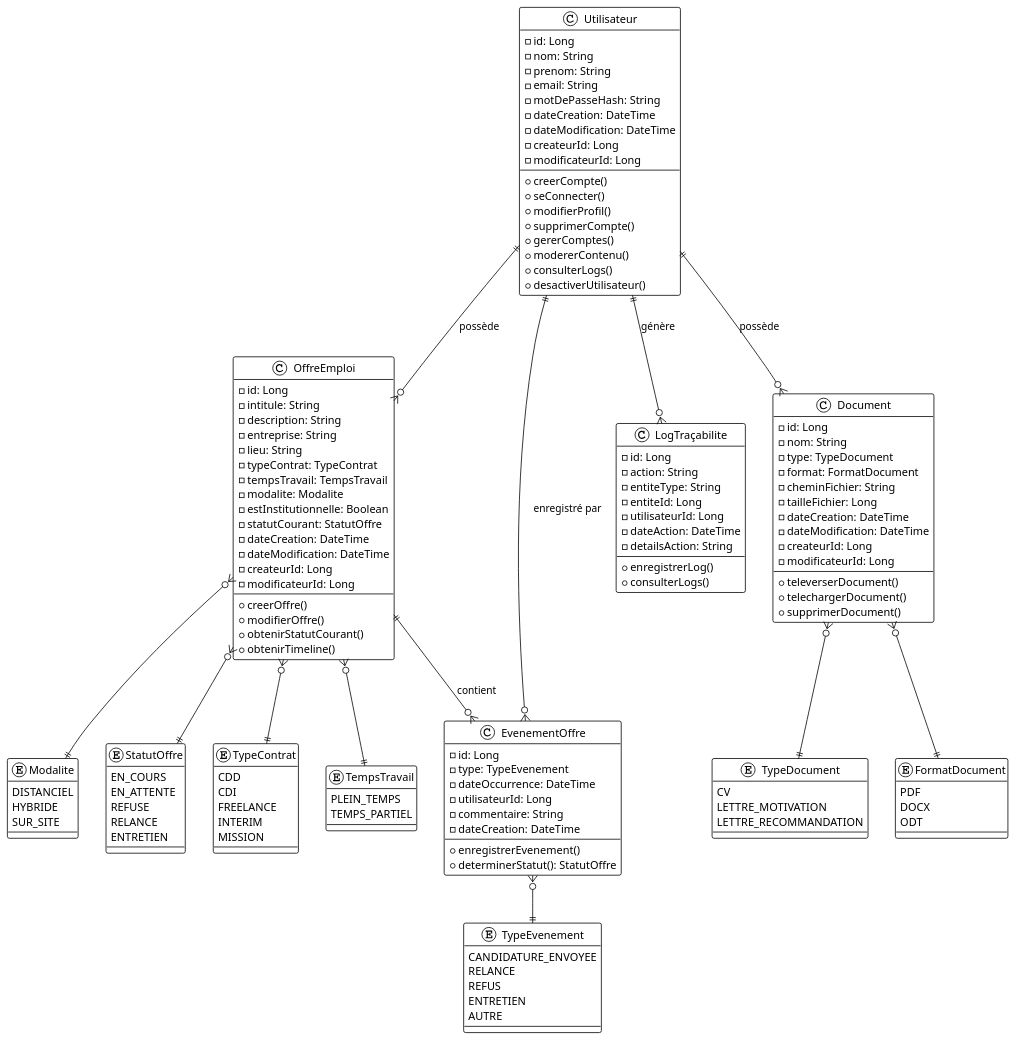
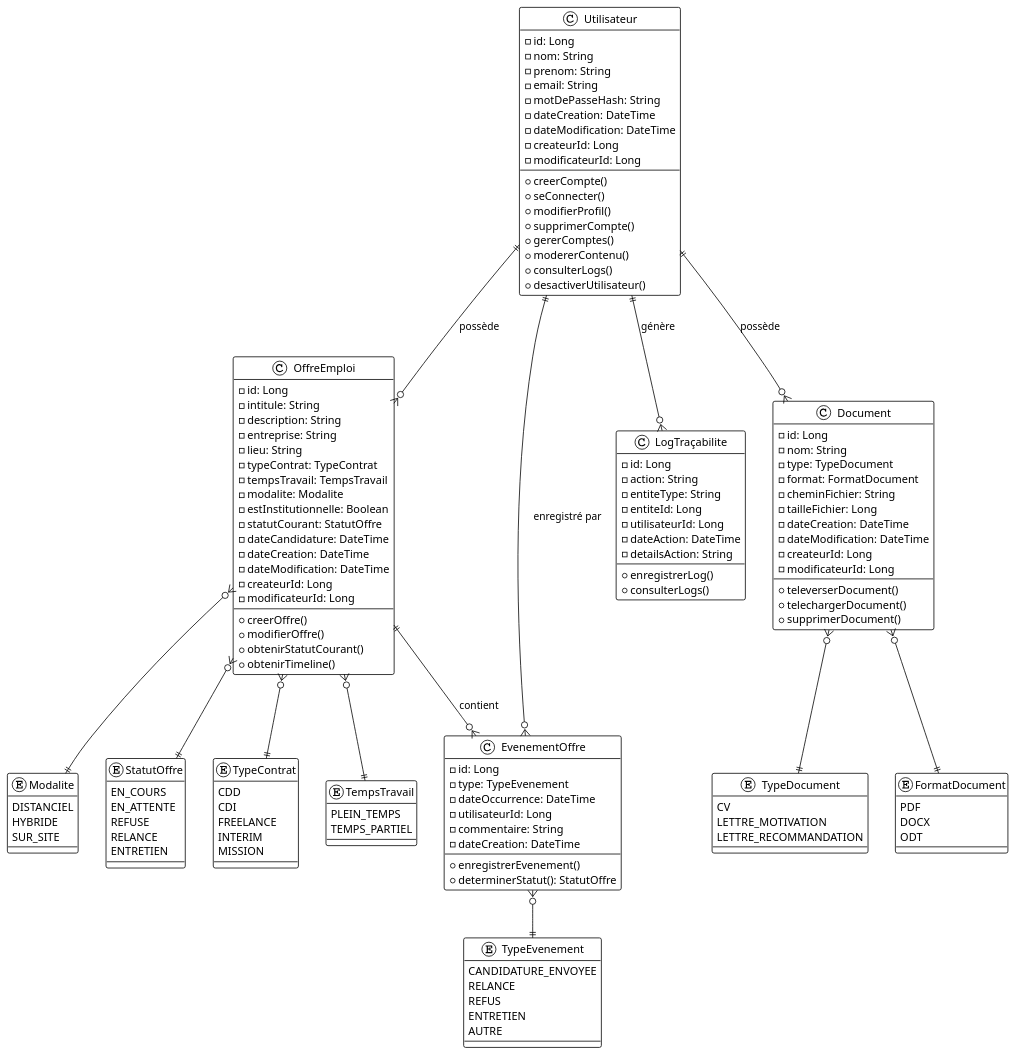
One commit to symio/jobs changed the diagram in conception/UML/domainClasses_classDiagram.puml. Above: the diagram before and after it, drawn with PlantUML. The commit also changed 11 other files, not shown here.

Commit message:
WIP Ajout champ date de candidature

```diff
--- a/conception/UML/domainClasses_classDiagram.puml
+++ b/conception/UML/domainClasses_classDiagram.puml
@@ -1,149 +1,150 @@
 @startuml
 !theme plain
 
 class Utilisateur {
     -id: Long
     -nom: String
     -prenom: String
     -email: String
     -motDePasseHash: String
     -dateCreation: DateTime
     -dateModification: DateTime
     -createurId: Long
     -modificateurId: Long
     +creerCompte()
     +seConnecter()
     +modifierProfil()
     +supprimerCompte()
     +gererComptes()
     +modererContenu()
     +consulterLogs()
     +desactiverUtilisateur()
 }
 
 class OffreEmploi {
     -id: Long
     -intitule: String
     -description: String
     -entreprise: String
     -lieu: String
     -typeContrat: TypeContrat
     -tempsTravail: TempsTravail
     -modalite: Modalite
     -estInstitutionnelle: Boolean
     -statutCourant: StatutOffre
+    -dateCandidature: DateTime
     -dateCreation: DateTime
     -dateModification: DateTime
     -createurId: Long
     -modificateurId: Long
     +creerOffre()
     +modifierOffre()
     +obtenirStatutCourant()
     +obtenirTimeline()
 }
 
 class EvenementOffre {
     -id: Long
     -type: TypeEvenement
     -dateOccurrence: DateTime
     -utilisateurId: Long
     -commentaire: String
     -dateCreation: DateTime
     +enregistrerEvenement()
     +determinerStatut(): StatutOffre
 }
 
 class Document {
     -id: Long
     -nom: String
     -type: TypeDocument
     -format: FormatDocument
     -cheminFichier: String
     -tailleFichier: Long
     -dateCreation: DateTime
     -dateModification: DateTime
     -createurId: Long
     -modificateurId: Long
     +televerserDocument()
     +telechargerDocument()
     +supprimerDocument()
 }
 
 class LogTraçabilite {
     -id: Long
     -action: String
     -entiteType: String
     -entiteId: Long
     -utilisateurId: Long
     -dateAction: DateTime
     -detailsAction: String
     +enregistrerLog()
     +consulterLogs()
 }
 
 enum TypeContrat {
     CDD
     CDI
     FREELANCE
     INTERIM
     MISSION
 }
 
 enum TempsTravail {
     PLEIN_TEMPS
     TEMPS_PARTIEL
 }
 
 enum Modalite {
     DISTANCIEL
     HYBRIDE
     SUR_SITE
 }
 
 enum StatutOffre {
     EN_COURS
     EN_ATTENTE
     REFUSE
     RELANCE
     ENTRETIEN
 }
 
 enum TypeEvenement {
     CANDIDATURE_ENVOYEE
     RELANCE
     REFUS
     ENTRETIEN
     AUTRE
 }
 
 enum TypeDocument {
     CV
     LETTRE_MOTIVATION
     LETTRE_RECOMMANDATION
 }
 
 enum FormatDocument {
     PDF
     DOCX
     ODT
 }
 
 ' Relations
 
 Utilisateur ||--o{ OffreEmploi : possède
 Utilisateur ||--o{ Document : possède
 Utilisateur ||--o{ LogTraçabilite : génère
 
 OffreEmploi ||--o{ EvenementOffre : contient
 OffreEmploi }o--|| TypeContrat
 OffreEmploi }o--|| TempsTravail
 OffreEmploi }o--|| Modalite
 OffreEmploi }o--|| StatutOffre
 
 EvenementOffre }o--|| TypeEvenement
 EvenementOffre }o--|| Utilisateur : enregistré par
 
 Document }o--|| TypeDocument
 Document }o--|| FormatDocument
 
 @enduml
```
